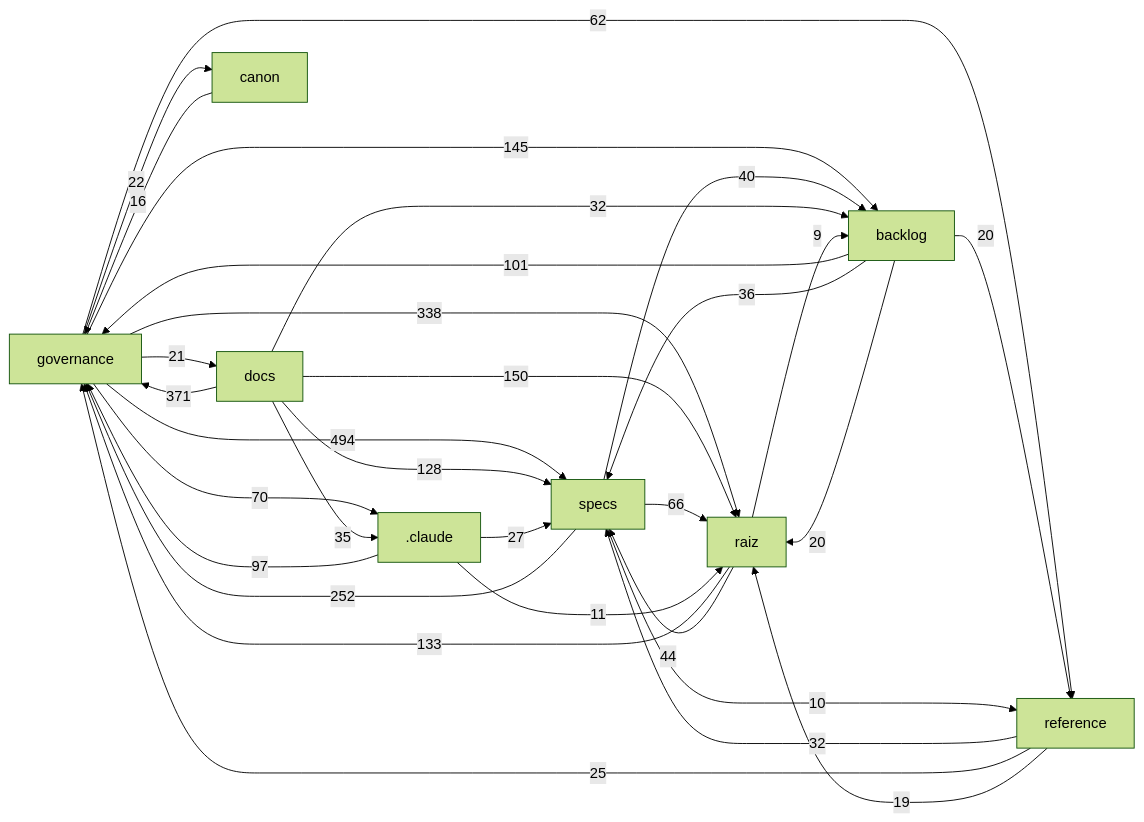
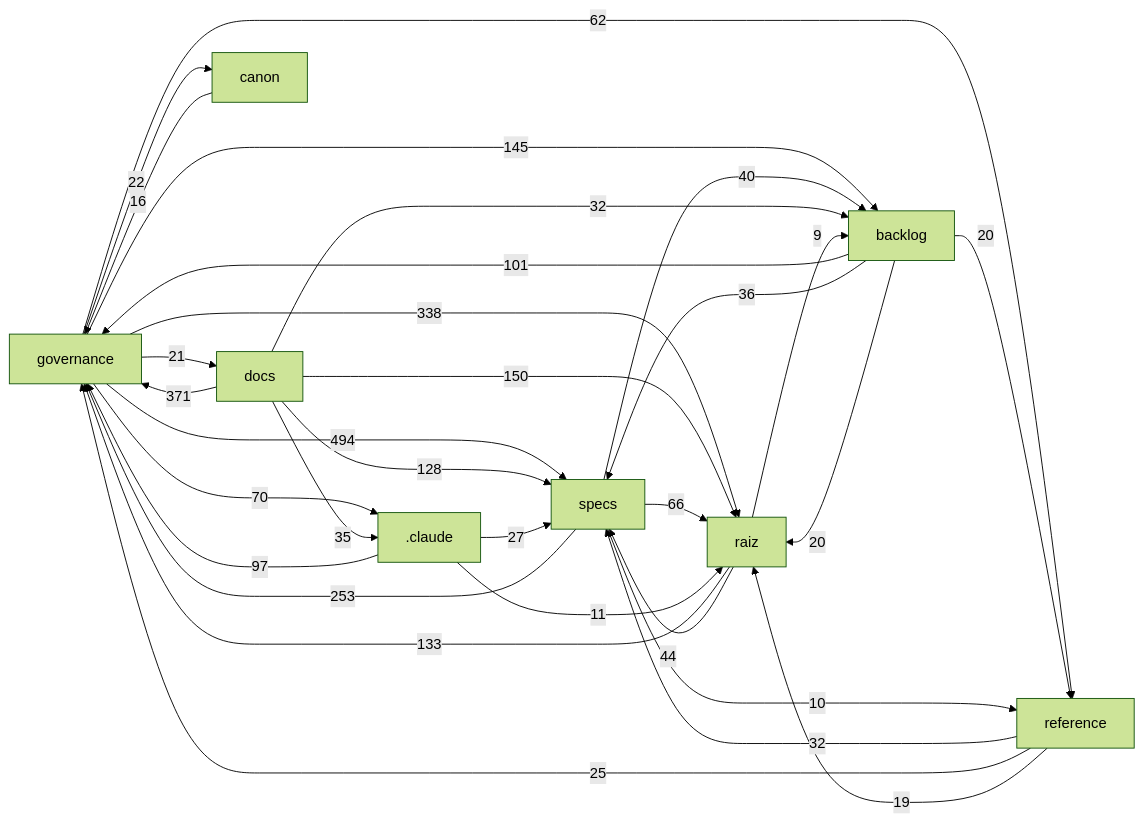
One commit to Andraus35/Sistema-Operacional-de-Trading--SOT changed the diagram in docs/mapa/MAPA-PROJETO.md. Above: the diagram before and after it, drawn with Mermaid (forest theme). The commit also changed other lines of this file and 3 other files, not shown here.

````diff
--- a/docs/mapa/MAPA-PROJETO.md
+++ b/docs/mapa/MAPA-PROJETO.md
@@ -29,33 +29,33 @@
 ```mermaid
 flowchart LR
   governance["governance"] -->|494| specs["specs"]
   docs["docs"] -->|371| governance["governance"]
   governance["governance"] -->|338| raiz["raiz"]
-  specs["specs"] -->|252| governance["governance"]
+  specs["specs"] -->|253| governance["governance"]
   docs["docs"] -->|150| raiz["raiz"]
   governance["governance"] -->|145| backlog["backlog"]
   raiz["raiz"] -->|133| governance["governance"]
   docs["docs"] -->|128| specs["specs"]
   backlog["backlog"] -->|101| governance["governance"]
   _claude[".claude"] -->|97| governance["governance"]
   governance["governance"] -->|70| _claude[".claude"]
   specs["specs"] -->|66| raiz["raiz"]
   governance["governance"] -->|62| reference["reference"]
   raiz["raiz"] -->|44| specs["specs"]
   specs["specs"] -->|40| backlog["backlog"]
   backlog["backlog"] -->|36| specs["specs"]
   docs["docs"] -->|35| _claude[".claude"]
   docs["docs"] -->|32| backlog["backlog"]
   reference["reference"] -->|32| specs["specs"]
   _claude[".claude"] -->|27| specs["specs"]
   reference["reference"] -->|25| governance["governance"]
   governance["governance"] -->|22| canon["canon"]
   governance["governance"] -->|21| docs["docs"]
   backlog["backlog"] -->|20| raiz["raiz"]
   backlog["backlog"] -->|20| reference["reference"]
   reference["reference"] -->|19| raiz["raiz"]
   canon["canon"] -->|16| governance["governance"]
   _claude[".claude"] -->|11| raiz["raiz"]
   specs["specs"] -->|10| reference["reference"]
   raiz["raiz"] -->|9| backlog["backlog"]
 ```
````
